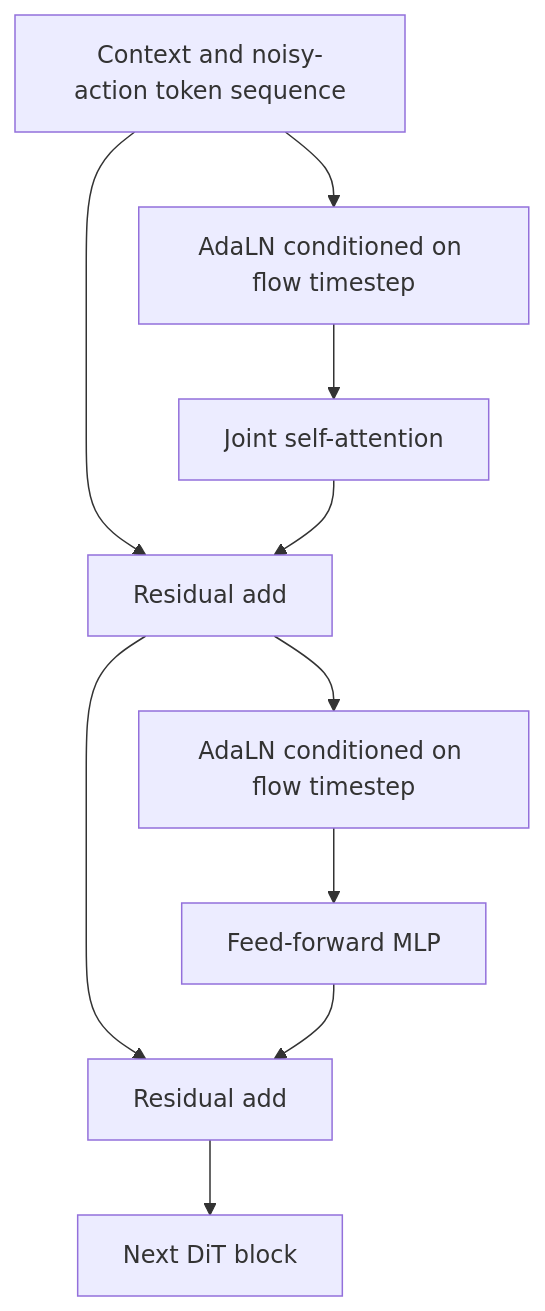
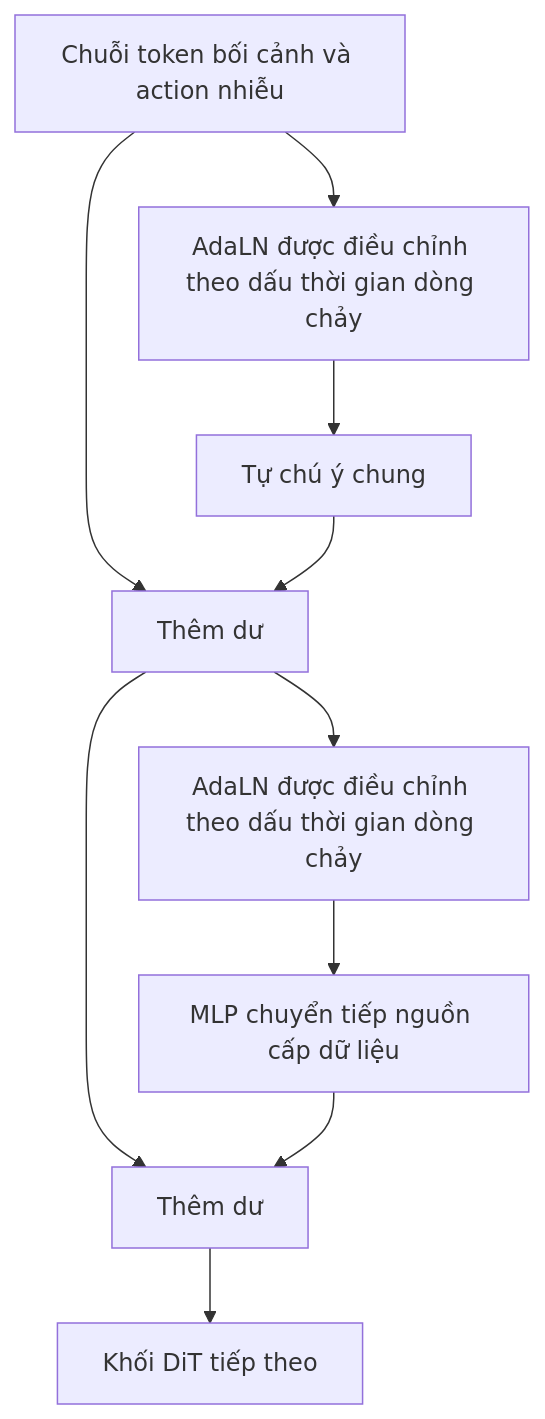
Before and after one commit to cycler04/VinRobotics-VLA: the second of 5 diagrams in docs/research_finding/01-gwen/qwen_models/Qwen-VLA/qwen_vla_details.md, drawn with Mermaid. The commit also changed other lines of this file and 24 other files, not shown here.

````diff
--- a/docs/research_finding/01-gwen/qwen_models/Qwen-VLA/qwen_vla_details.md
+++ b/docs/research_finding/01-gwen/qwen_models/Qwen-VLA/qwen_vla_details.md
@@ -280,12 +280,12 @@
 ```mermaid
 flowchart TD
-    X["Context and noisy-action token sequence"] --> N1["AdaLN conditioned on flow timestep"]
-    N1 --> SA["Joint self-attention"]
-    X --> R1["Residual add"]
+    X["Chuỗi token bối cảnh và action nhiễu"] --> N1["AdaLN được điều chỉnh theo dấu thời gian dòng chảy"]
+    N1 --> SA["Tự chú ý chung"]
+    X --> R1["Thêm dư"]
     SA --> R1
-    R1 --> N2["AdaLN conditioned on flow timestep"]
-    N2 --> FFN["Feed-forward MLP"]
-    R1 --> R2["Residual add"]
+    R1 --> N2["AdaLN được điều chỉnh theo dấu thời gian dòng chảy"]
+    N2 --> FFN["MLP chuyển tiếp nguồn cấp dữ liệu"]
+    R1 --> R2["Thêm dư"]
     FFN --> R2
-    R2 --> Y["Next DiT block"]
+    R2 --> Y["Khối DiT tiếp theo"]
 ```
````
